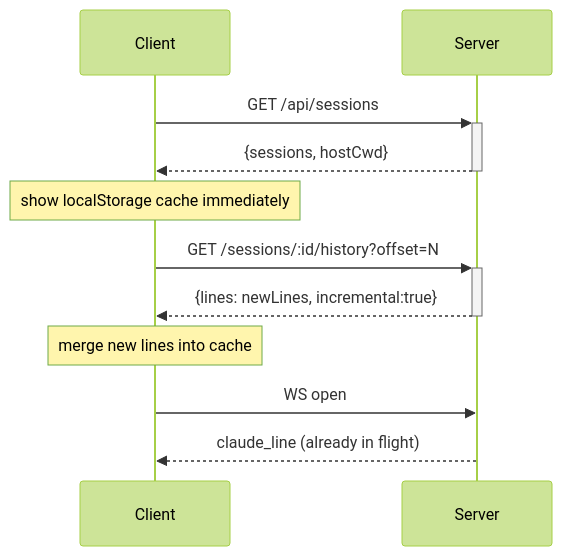
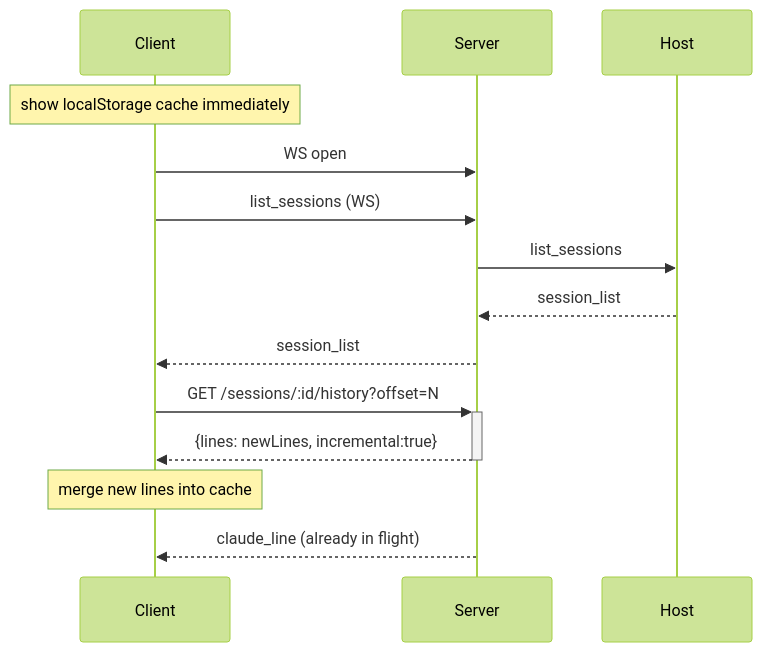
Before and after one commit to danlkv/codette: the second of 5 diagrams in protocol.spec.md, drawn with Mermaid (forest theme). The commit also changed other lines of this file and 18 other files, not shown here.

````diff
--- a/protocol.spec.md
+++ b/protocol.spec.md
@@ -283,13 +286,16 @@
 ```mermaid
 sequenceDiagram
     participant C as Client
     participant S as Server
-    C->>+S: GET /api/sessions
-    S-->>-C: {sessions, hostCwd}
+    participant H as Host
     Note over C: show localStorage cache immediately
+    C->>S: WS open
+    C->>S: list_sessions (WS)
+    S->>H: list_sessions
+    H-->>S: session_list
+    S-->>C: session_list
     C->>+S: GET /sessions/:id/history?offset=N
     S-->>-C: {lines: newLines, incremental:true}
     Note over C: merge new lines into cache
-    C->>S: WS open
     S-->>C: claude_line (already in flight)
 ```
````
